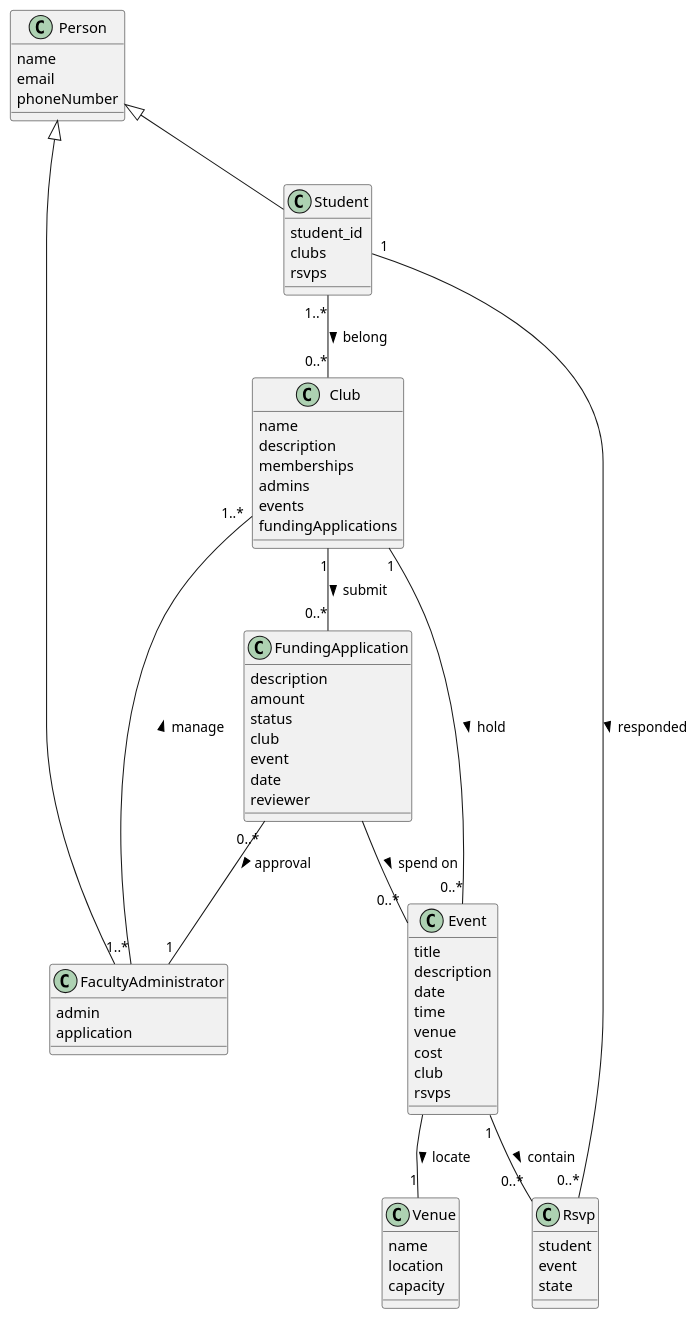
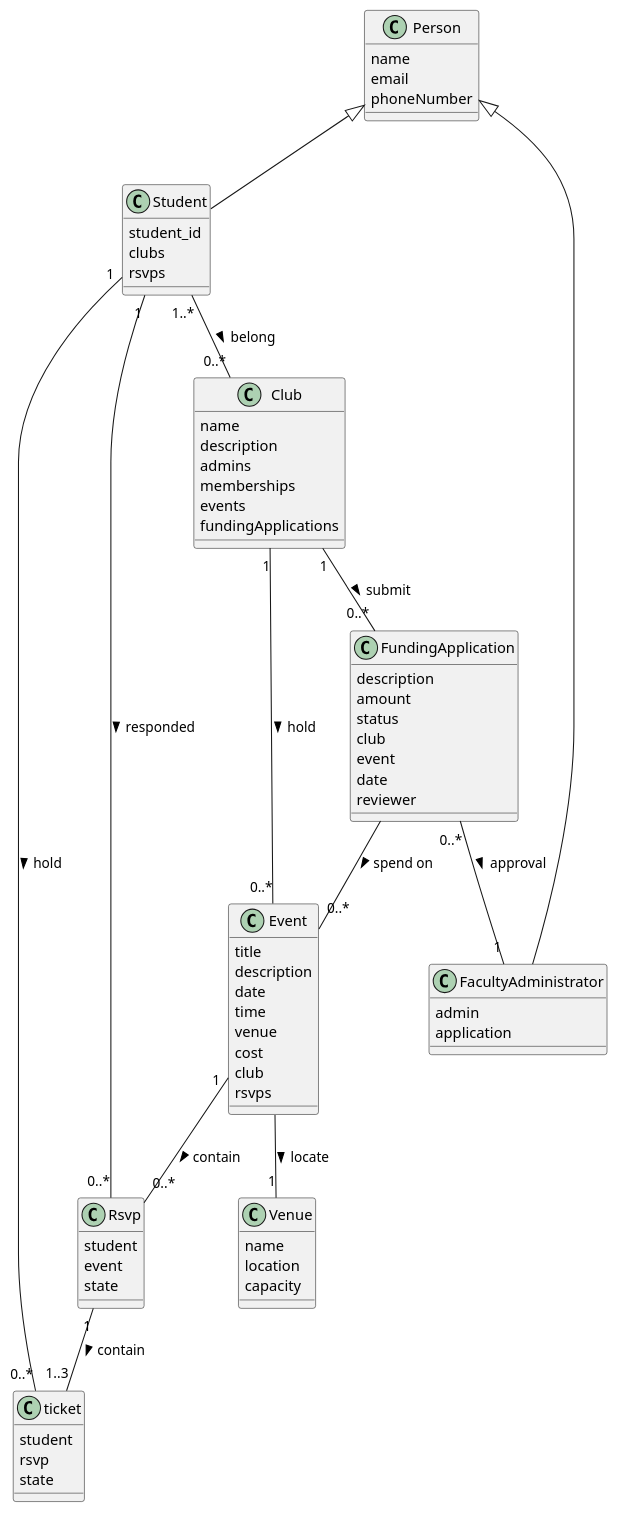
The diagram in docs/part1/domain_model.puml (lvyl9909/ClubManagementSystem), drawn with PlantUML before and after one commit.

Commit message:
update domain model((rsvp v1)

```diff
--- a/docs/part1/domain_model.puml
+++ b/docs/part1/domain_model.puml
@@ -1,71 +1,78 @@
 @startuml 123
 class Person{
     name
     email
     phoneNumber
 }
 
 class Student{
     student_id
     clubs
     rsvps
 }
 
 class FacultyAdministrator{
     admin
     application
 }
 
 class Club{
     name
     description
+    admins
     memberships
-    admins
     events
     fundingApplications
 }
 
 class Venue{
     name
     location
     capacity
 }
 
 class Event{
     title
     description
     date
     time
     venue
     cost
     club
     rsvps
 }
 
 class FundingApplication{
     description
     amount
     status
     club
     event
     date
     reviewer
 }
 
 class Rsvp{
     student
     event
     state
 }
+
+class ticket{
+    student
+    rsvp
+    state
+}
 Person <|-- Student
 Person <|-- FacultyAdministrator
 Student "1..*" -- "0..*" Club : belong >
 FundingApplication "0..*"--"1" FacultyAdministrator: approval >
 Club "1" -- "0..*" Event : hold >
 Event  -- "1" Venue : locate >
 Student "1" -- "0..*" Rsvp : responded >
 Event "1" -- "0..*" Rsvp : contain >
 Club "1"--"0..*" FundingApplication : submit >
 FundingApplication  -- "0..*" Event : spend on >
-FacultyAdministrator "1..*" -- "1..*" Club : manage >
+Rsvp "1"--"1..3" ticket : contain >
+Student "1" -- "0..*" ticket: hold >
 @enduml
```
